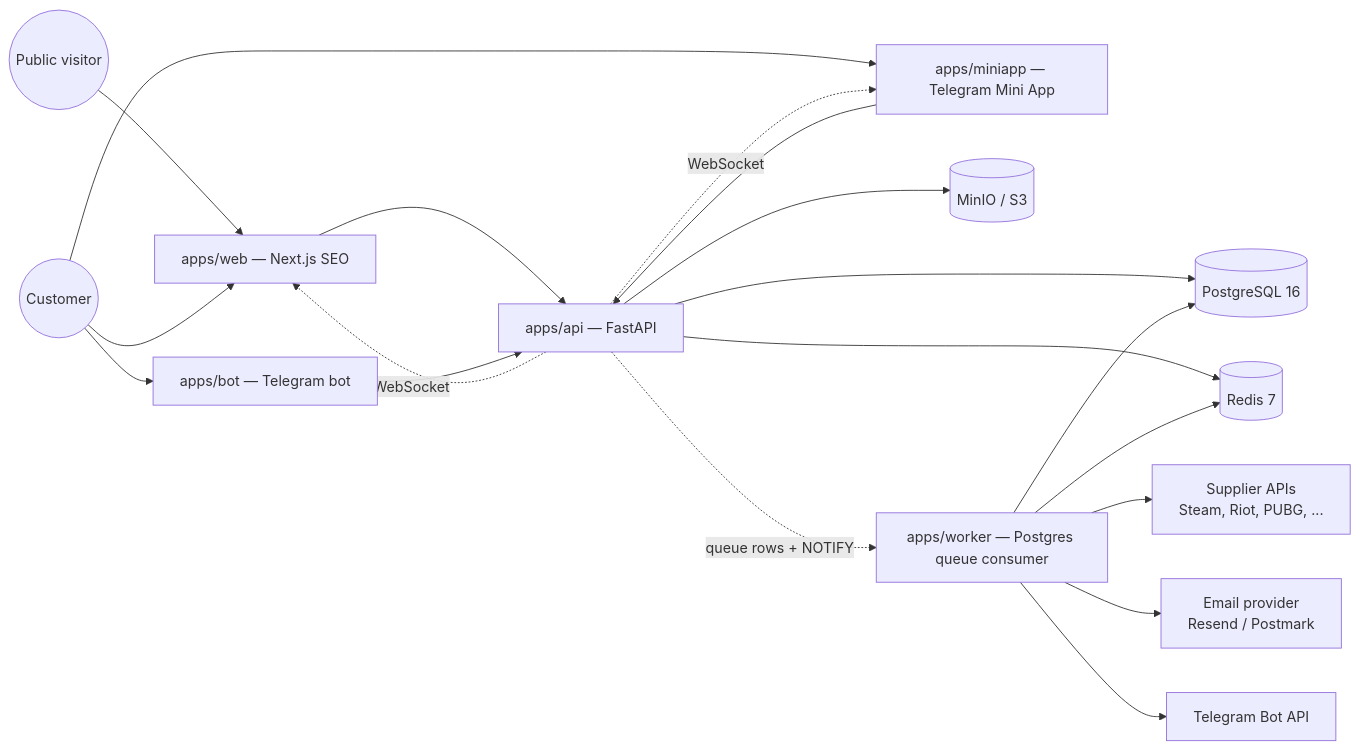
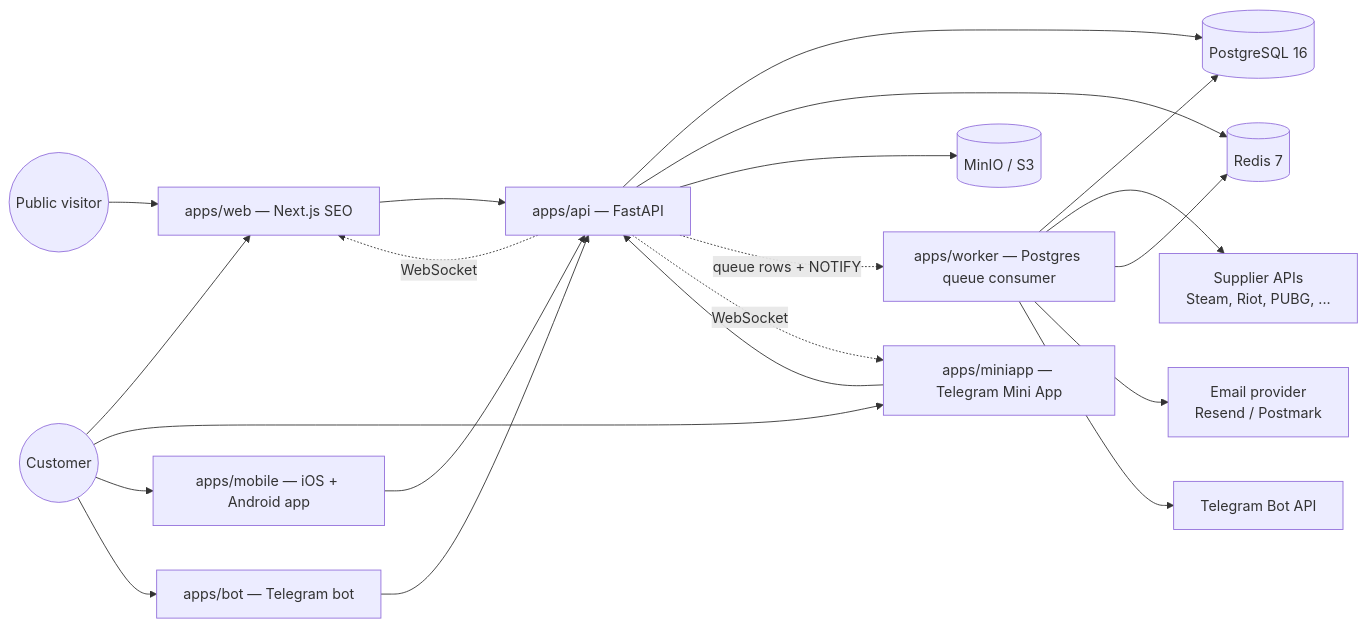
The diagram in docs/architecture/overview.md (jamaomonov/yupay), drawn with Mermaid before and after one commit. The commit also changed 46 other files, not shown here.

First line of the commit message:
feat(mobile): an Expo app for iOS and Android — catalogue and game page

````diff
--- a/docs/architecture/overview.md
+++ b/docs/architecture/overview.md
@@ -10,23 +10,25 @@
 ```mermaid
 flowchart LR
     Visitor((Public visitor)) --> Web[apps/web — Next.js SEO]
     Customer((Customer)) --> Web
     Customer --> MiniApp[apps/miniapp — Telegram Mini App]
+    Customer --> Mobile[apps/mobile — iOS + Android app]
     Customer --> Bot[apps/bot — Telegram bot]
 
     Web --> API[apps/api — FastAPI]
     MiniApp --> API
+    Mobile --> API
     Bot --> API
 
     API --> Postgres[(PostgreSQL 16)]
     API --> Redis[(Redis 7)]
     API --> MinIO[(MinIO / S3)]
     API -. queue rows + NOTIFY .-> Worker[apps/worker — Postgres queue consumer]
     Worker --> Postgres
     Worker --> Suppliers[Supplier APIs<br/>Steam, Riot, PUBG, ...]
     Worker --> Redis
     Worker --> Email[Email provider<br/>Resend / Postmark]
     Worker --> TG[Telegram Bot API]
     API -. WebSocket .-> Web
     API -. WebSocket .-> MiniApp
 ```
````
